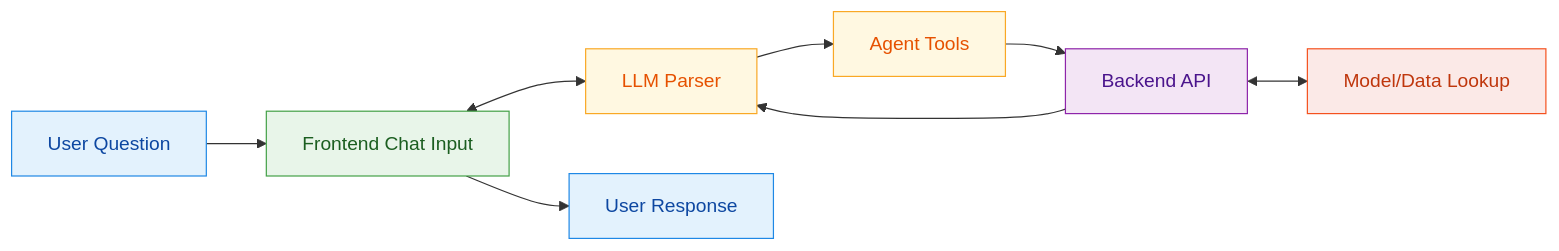
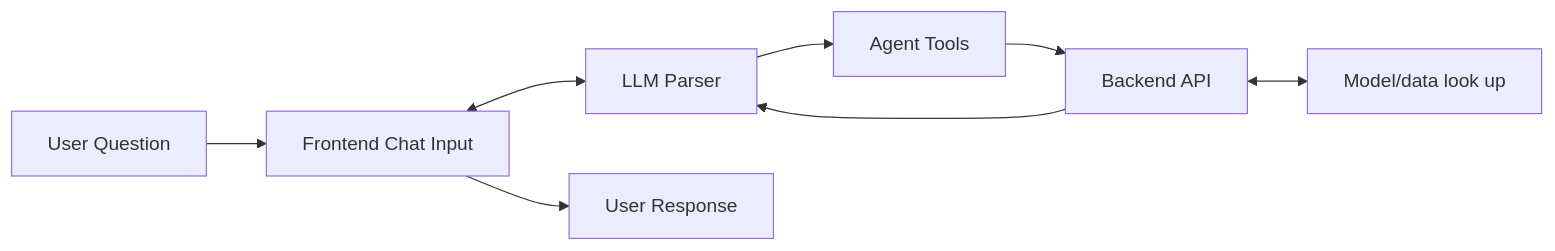
Before and after one commit to heehawww/DSA4264_Geospatial_Group6: the diagram in docs/technical_report.md, drawn with Mermaid. The commit also changed other lines of this file, not shown here.

````diff
--- a/docs/technical_report.md
+++ b/docs/technical_report.md
@@ -312,22 +202,10 @@
 ```mermaid
 flowchart LR
     U["User Question"] --> F["Frontend Chat Input"]
     F <--> L["LLM Parser"]
     L --> T["Agent Tools"]
     T --> B["Backend API"]
-    B <--> M["Model/Data Lookup"]
+    B <--> D["Model/data look up"]
     B --> L
     F --> R["User Response"]
-
-    classDef user fill:#e3f2fd,stroke:#1e88e5,color:#0d47a1;
-    classDef app fill:#e8f5e9,stroke:#43a047,color:#1b5e20;
-    classDef llm fill:#fff8e1,stroke:#f9a825,color:#e65100;
-    classDef backend fill:#f3e5f5,stroke:#8e24aa,color:#4a148c;
-    classDef data fill:#fbe9e7,stroke:#f4511e,color:#bf360c;
-
-    class U,R user;
-    class F app;
-    class L,T llm;
-    class B backend;
-    class M data;
 ```
````
